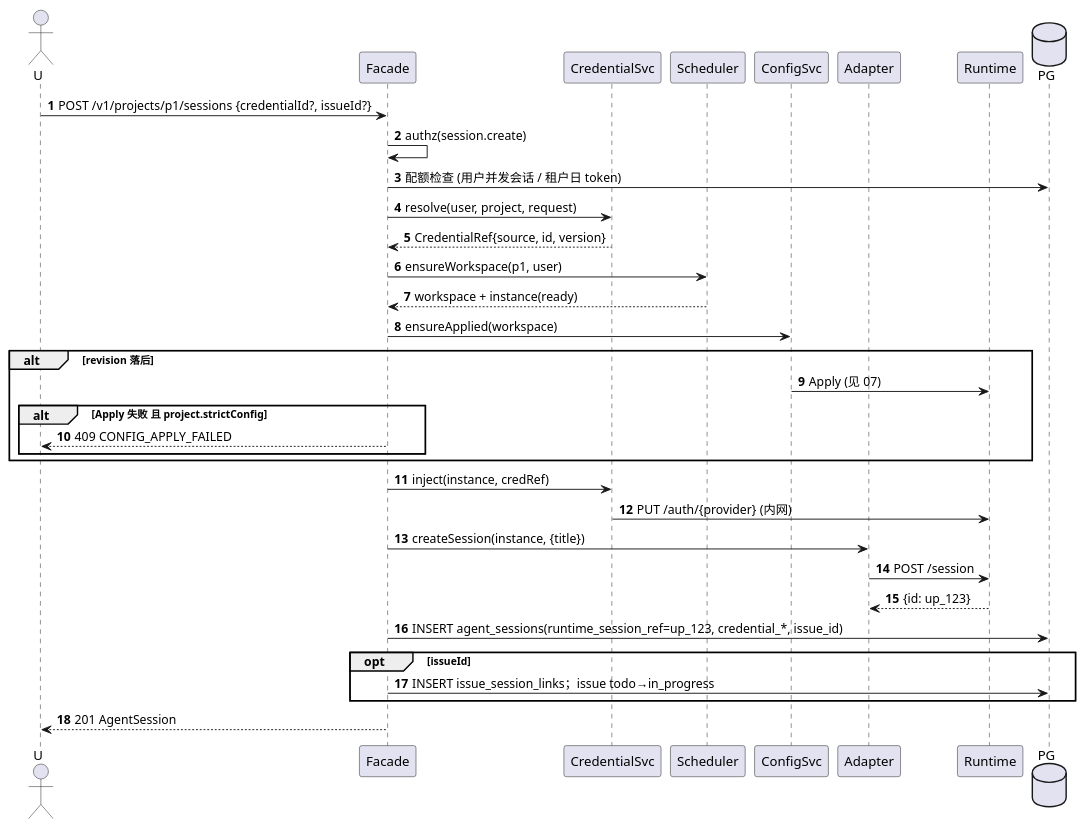
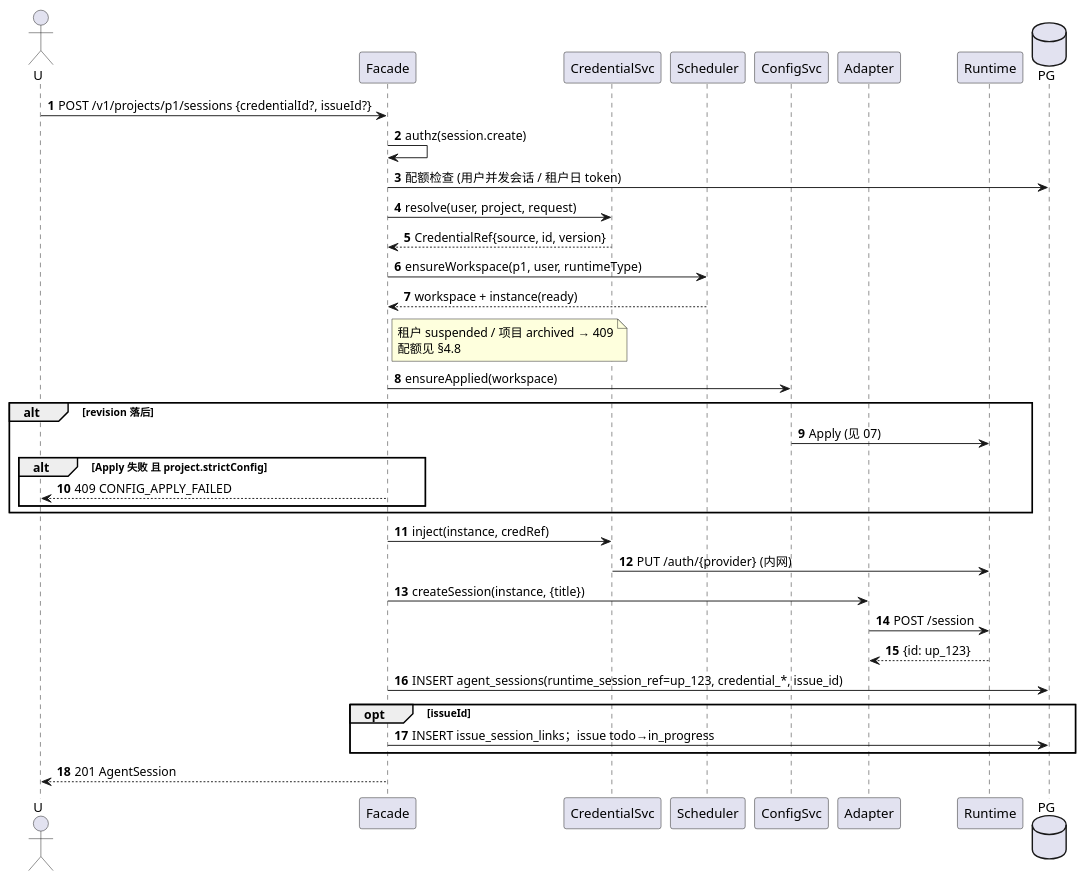
The fourth of 4 diagrams in docs/architecture/04-gateway-facade.md (JackLuguibin/AgentHubEx), drawn with PlantUML before and after one commit. The commit also changed other lines of this file and 19 other files, not shown here.

````diff
--- a/docs/architecture/04-gateway-facade.md
+++ b/docs/architecture/04-gateway-facade.md
@@ -146,38 +160,42 @@
 ```plantuml
 @startuml session-create
 autonumber
 actor U
 participant Facade as F
 participant "CredentialSvc" as C
 participant "Scheduler" as S
 participant "ConfigSvc" as CF
 participant "Adapter" as A
 participant Runtime as R
 database PG
 
 U -> F : POST /v1/projects/p1/sessions {credentialId?, issueId?}
 F -> F : authz(session.create)
 F -> PG : 配额检查 (用户并发会话 / 租户日 token)
 F -> C : resolve(user, project, request)
 C --> F : CredentialRef{source, id, version}
-F -> S : ensureWorkspace(p1, user)
+F -> S : ensureWorkspace(p1, user, runtimeType)
 S --> F : workspace + instance(ready)
+note right of F
+  租户 suspended / 项目 archived → 409
+  配额见 §4.8
+end note
 F -> CF : ensureApplied(workspace)
 alt revision 落后
   CF -> R : Apply (见 07)
   alt Apply 失败 且 project.strictConfig
     F --> U : 409 CONFIG_APPLY_FAILED
   end
 end
 F -> C : inject(instance, credRef)
 C -> R : PUT /auth/{provider} (内网)
 F -> A : createSession(instance, {title})
 A -> R : POST /session
 R --> A : {id: up_123}
 F -> PG : INSERT agent_sessions(runtime_session_ref=up_123, credential_*, issue_id)
 opt issueId
   F -> PG : INSERT issue_session_links；issue todo→in_progress
 end
 F --> U : 201 AgentSession
 @enduml
 ```
````
